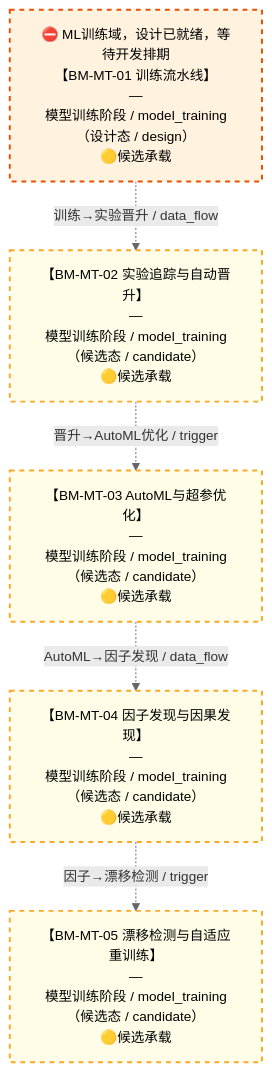
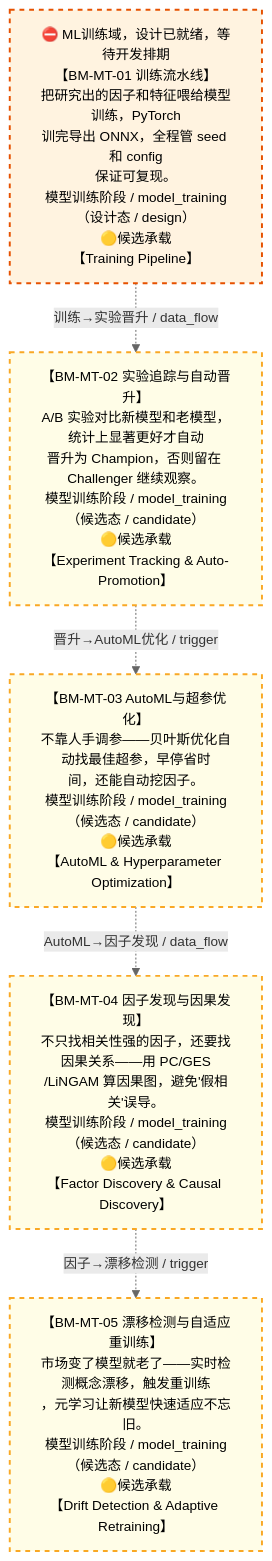
The diagram in docs/02_enterprise_architecture/07_trading_decision_architecture/battle_map/battle_map_02_model_training.md (xuanFelixVan/ZephyrAlpha), drawn with Mermaid before and after one commit. The commit also changed other lines of this file and 13 other files, not shown here.

````diff
--- a/docs/02_enterprise_architecture/07_trading_decision_architecture/battle_map/battle_map_02_model_training.md
+++ b/docs/02_enterprise_architecture/07_trading_decision_architecture/battle_map/battle_map_02_model_training.md
@@ -38,21 +38,21 @@
 ```mermaid
 %%{init: {'theme': 'base', 'themeVariables': {'primaryColor': '#eaeaea', 'primaryTextColor': '#333333', 'primaryBorderColor': '#666666', 'lineColor': '#666666', 'secondaryColor': '#eaeaea', 'tertiaryColor': '#eaeaea', 'clusterBkg': 'transparent', 'clusterBorder': 'transparent', 'fontSize': '14px'}}}%%
 %% 模型训练阶段图
 flowchart TD
-    BM_MT_01["⛔ ML训练域，设计已就绪，等待开发排期<br/>【BM-MT-01 训练流水线】<br/>—<br/>模型训练阶段 / model_training<br/>（设计态 / design）<br/>🟡候选承载"]
-    BM_MT_02["【BM-MT-02 实验追踪与自动晋升】<br/>—<br/>模型训练阶段 / model_training<br/>（候选态 / candidate）<br/>🟡候选承载"]
-    BM_MT_03["【BM-MT-03 AutoML与超参优化】<br/>—<br/>模型训练阶段 / model_training<br/>（候选态 / candidate）<br/>🟡候选承载"]
-    BM_MT_04["【BM-MT-04 因子发现与因果发现】<br/>—<br/>模型训练阶段 / model_training<br/>（候选态 / candidate）<br/>🟡候选承载"]
-    BM_MT_05["【BM-MT-05 漂移检测与自适应重训练】<br/>—<br/>模型训练阶段 / model_training<br/>（候选态 / candidate）<br/>🟡候选承载"]
+    BM_MT_01["⛔ ML训练域，设计已就绪，等待开发排期<br/>【BM-MT-01 训练流水线】<br/>把研究出的因子和特征喂给模型训练，PyTorch<br/>训完导出 ONNX，全程管 seed 和 config<br/>保证可复现。<br/>模型训练阶段 / model_training<br/>（设计态 / design）<br/>🟡候选承载<br/>【Training Pipeline】"]
+    BM_MT_02["【BM-MT-02 实验追踪与自动晋升】<br/>A/B 实验对比新模型和老模型，统计上显著更好才自动<br/>晋升为 Champion，否则留在 Challenger 继续观察。<br/>模型训练阶段 / model_training<br/>（候选态 / candidate）<br/>🟡候选承载<br/>【Experiment Tracking &amp; Auto-Promotion】"]
+    BM_MT_03["【BM-MT-03 AutoML与超参优化】<br/>不靠人手调参——贝叶斯优化自动找最佳超参，早停省时<br/>间，还能自动挖因子。<br/>模型训练阶段 / model_training<br/>（候选态 / candidate）<br/>🟡候选承载<br/>【AutoML &amp; Hyperparameter Optimization】"]
+    BM_MT_04["【BM-MT-04 因子发现与因果发现】<br/>不只找相关性强的因子，还要找因果关系——用 PC/GES<br/>/LiNGAM 算因果图，避免'假相关'误导。<br/>模型训练阶段 / model_training<br/>（候选态 / candidate）<br/>🟡候选承载<br/>【Factor Discovery &amp; Causal Discovery】"]
+    BM_MT_05["【BM-MT-05 漂移检测与自适应重训练】<br/>市场变了模型就老了——实时检测概念漂移，触发重训练<br/>，元学习让新模型快速适应不忘旧。<br/>模型训练阶段 / model_training<br/>（候选态 / candidate）<br/>🟡候选承载<br/>【Drift Detection &amp; Adaptive Retraining】"]
     BM_MT_01 -.->|训练→实验晋升 / data_flow| BM_MT_02
     BM_MT_02 -.->|晋升→AutoML优化 / trigger| BM_MT_03
     BM_MT_03 -.->|AutoML→因子发现 / data_flow| BM_MT_04
     BM_MT_04 -.->|因子→漂移检测 / trigger| BM_MT_05
 classDef production fill:#e1f5fe,stroke:#01579b,stroke-width:2px,color:#000
 classDef design fill:#fff3e0,stroke:#e65100,stroke-width:2px,color:#000,stroke-dasharray: 5 5
 classDef deprecated fill:#ffebee,stroke:#c62828,stroke-width:2px,color:#000
 classDef missing fill:#eeeeee,stroke:#9e9e9e,stroke-width:2px,color:#000
 classDef candidate fill:#fffde7,stroke:#f9a825,stroke-width:2px,color:#000,stroke-dasharray: 5 5
     class BM_MT_01 design
     class BM_MT_02,BM_MT_03,BM_MT_04,BM_MT_05 candidate
 ```
````
